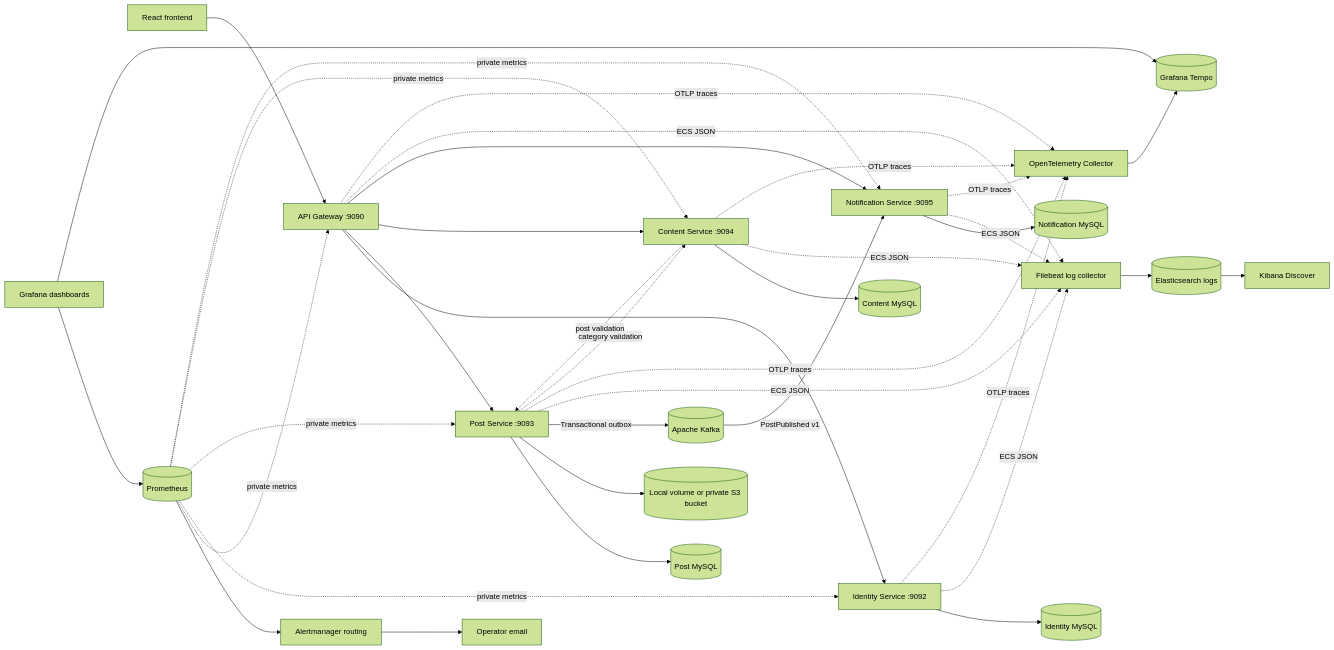
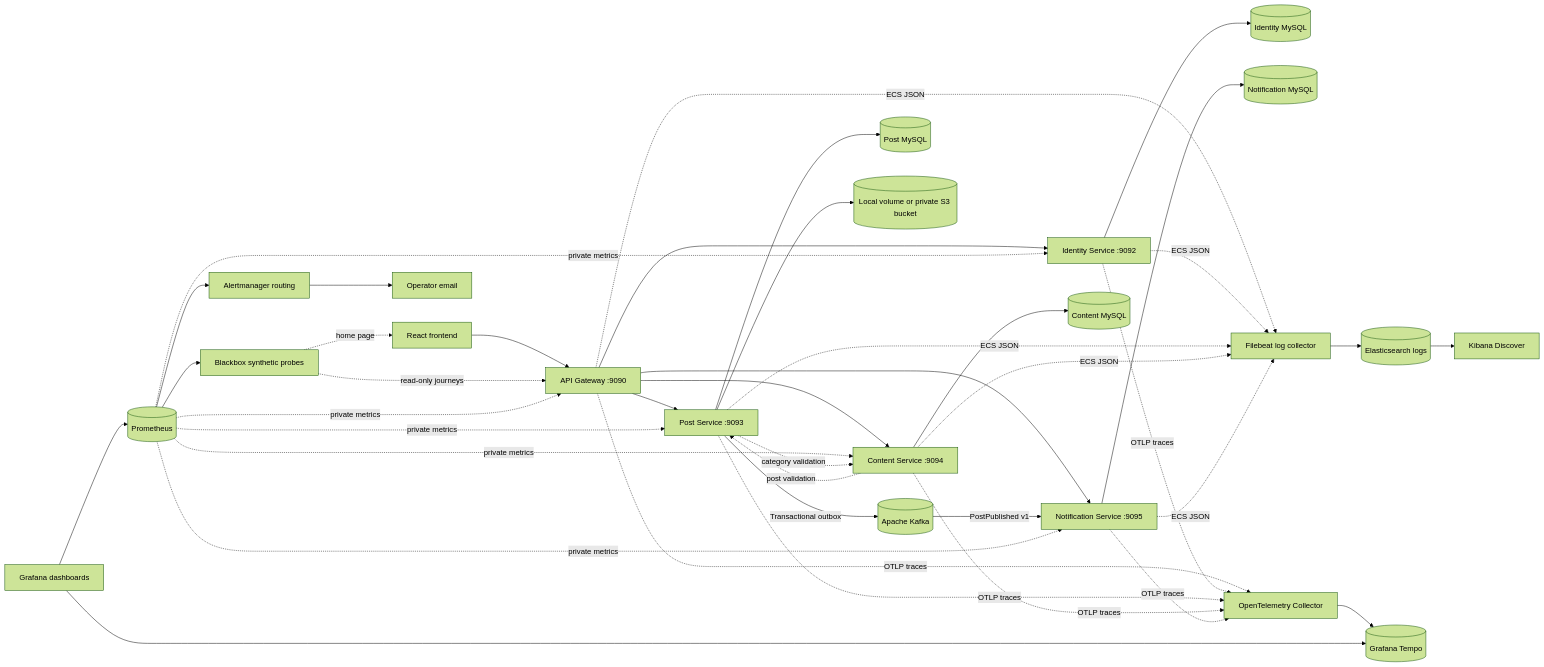
One commit to studywithdanish/microservices-backend changed the diagram in README.md. Above: the diagram before and after it, drawn with Mermaid (forest theme). The commit also changed other lines of this file and 24 other files, not shown here.

````diff
--- a/README.md
+++ b/README.md
@@ -13,39 +13,42 @@
 ```mermaid
 flowchart LR
     Frontend[React frontend] --> Gateway[API Gateway :9090]
     Gateway --> Identity[Identity Service :9092]
     Gateway --> Post[Post Service :9093]
     Gateway --> Content[Content Service :9094]
     Gateway --> Notification[Notification Service :9095]
     Identity --> IdentityDb[(Identity MySQL)]
     Post --> PostDb[(Post MySQL)]
     Post --> Images[(Local volume or private S3 bucket)]
     Content --> ContentDb[(Content MySQL)]
     Post -->|Transactional outbox| Kafka[(Apache Kafka)]
     Kafka -->|PostPublished v1| Notification
     Notification --> NotificationDb[(Notification MySQL)]
     Grafana[Grafana dashboards] --> Prometheus[(Prometheus)]
     Prometheus --> Alertmanager[Alertmanager routing]
+    Prometheus --> Blackbox[Blackbox synthetic probes]
+    Blackbox -. read-only journeys .-> Gateway
+    Blackbox -. home page .-> Frontend
     Alertmanager --> Operator[Operator email]
     Filebeat[Filebeat log collector] --> Elasticsearch[(Elasticsearch logs)]
     Elasticsearch --> Kibana[Kibana Discover]
     Collector[OpenTelemetry Collector] --> Tempo[(Grafana Tempo)]
     Grafana --> Tempo
     Gateway -. ECS JSON .-> Filebeat
     Identity -. ECS JSON .-> Filebeat
     Post -. ECS JSON .-> Filebeat
     Content -. ECS JSON .-> Filebeat
     Notification -. ECS JSON .-> Filebeat
     Gateway -. OTLP traces .-> Collector
     Identity -. OTLP traces .-> Collector
     Post -. OTLP traces .-> Collector
     Content -. OTLP traces .-> Collector
     Notification -. OTLP traces .-> Collector
     Prometheus -. private metrics .-> Gateway
     Prometheus -. private metrics .-> Identity
     Prometheus -. private metrics .-> Post
     Prometheus -. private metrics .-> Content
     Prometheus -. private metrics .-> Notification
     Post -. category validation .-> Content
     Content -. post validation .-> Post
 ```
````
